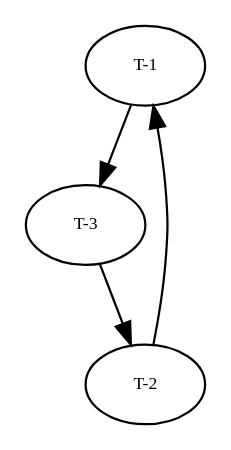
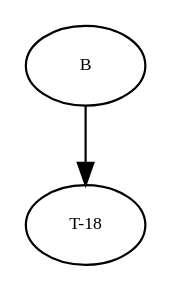
Before and after one commit to amso100/livescript-declarations: the diagram in graphs/dg.dot, drawn with Graphviz. The commit also changed 4 other files, not shown here.

```diff
--- a/graphs/dg.dot
+++ b/graphs/dg.dot
@@ -1,28 +1,15 @@
 digraph RGL__DirectedAdjacencyGraph {
-    "T-1" [
+    B [
         fontsize = 8,
-        label = "T-1"
+        label = B
     ]
 
-    "T-3" [
+    "T-18" [
         fontsize = 8,
-        label = "T-3"
+        label = "T-18"
     ]
 
-    "T-2" [
-        fontsize = 8,
-        label = "T-2"
-    ]
-
-    "T-1" -> "T-3" [
-        fontsize = 8
-    ]
-
-    "T-3" -> "T-2" [
-        fontsize = 8
-    ]
-
-    "T-2" -> "T-1" [
+    B -> "T-18" [
         fontsize = 8
     ]
 }
```
